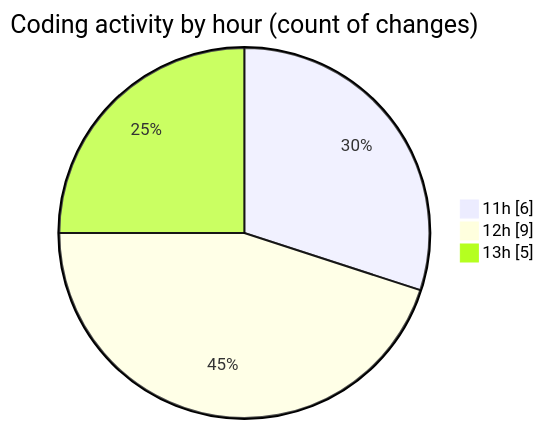
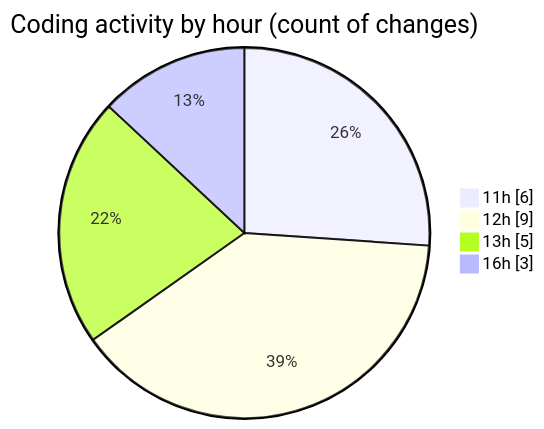
Before and after one commit to momahboobian/code-tracking: the second of 2 diagrams in 2026-10-15/cda/README.md, drawn with Mermaid. The commit also changed other lines of this file and 1 other file, not shown here.

````diff
--- a/2026-10-15/cda/README.md
+++ b/2026-10-15/cda/README.md
@@ -36,7 +38,8 @@
 ```mermaid
 pie showData
 title Coding activity by hour (count of changes)
 "11h" : 6
 "12h" : 9
 "13h" : 5
+"16h" : 3
 ```
````
